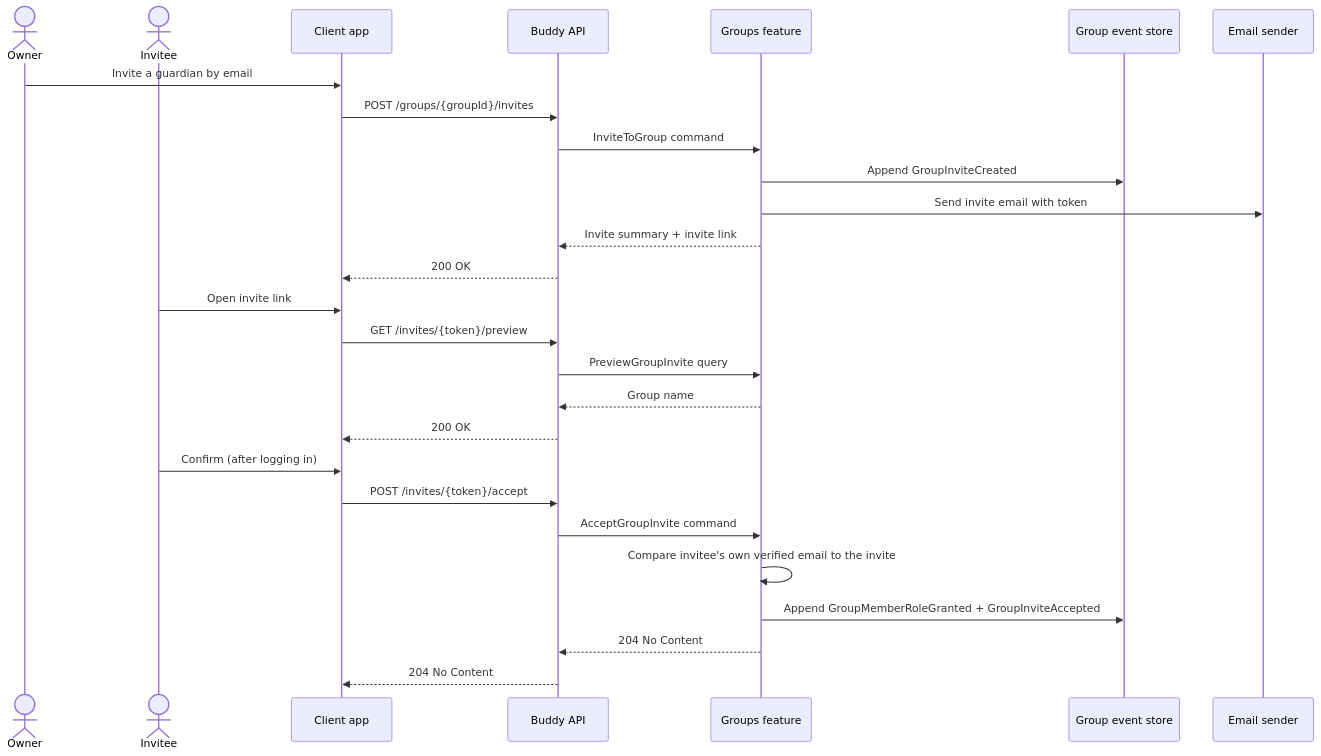
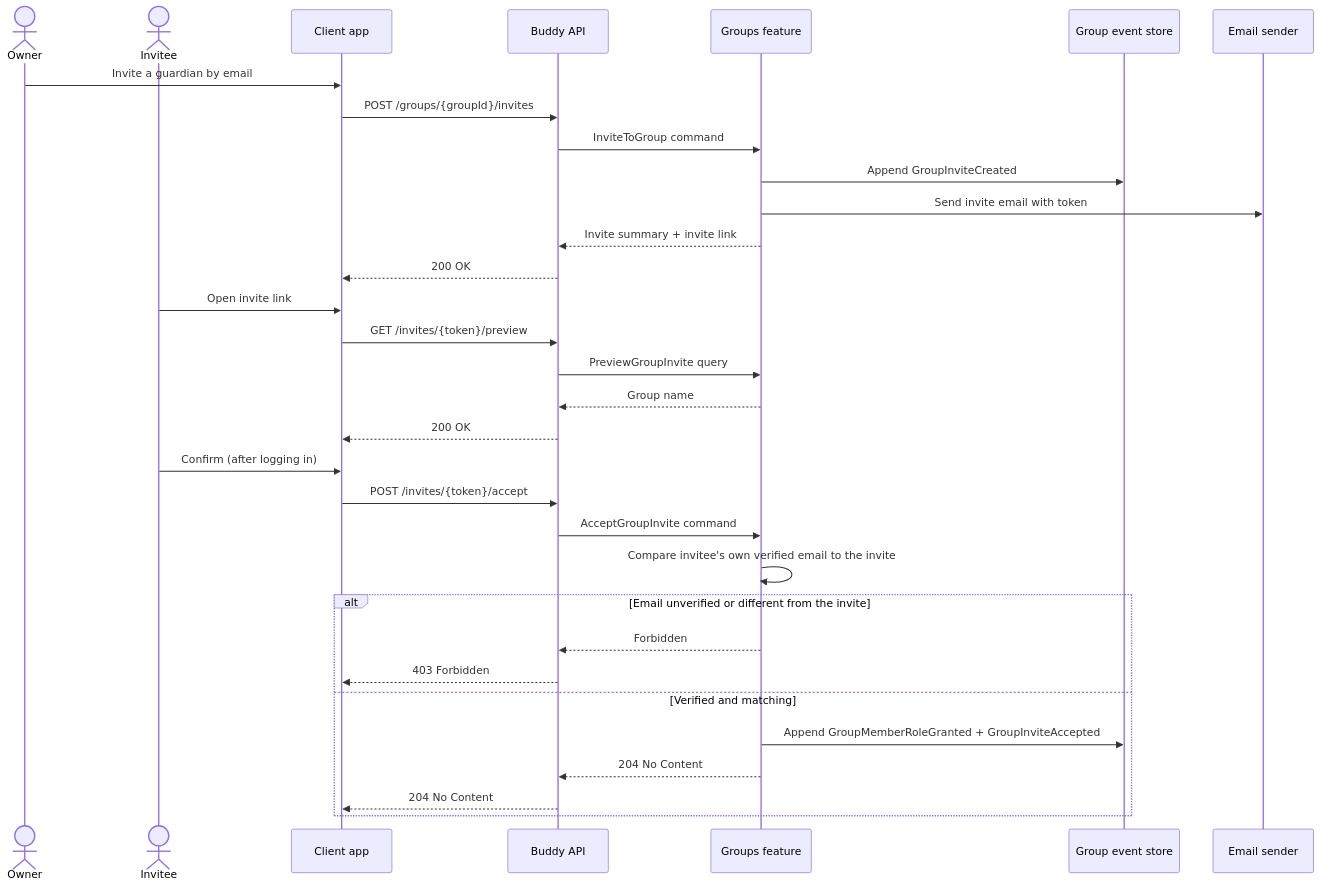
One commit to kimipsen/buddy changed the second of 2 diagrams in docs/backend/groups/flow.md. Above: the diagram before and after it, drawn with Mermaid. The commit also changed other lines of this file and 3 other files, not shown here.

Commit message:
feat: enforce email verification for accepting group and guardian invites, returning 403 for unverified emails

````diff
--- a/docs/backend/groups/flow.md
+++ b/docs/backend/groups/flow.md
@@ -44,32 +44,37 @@
 ```mermaid
 sequenceDiagram
     actor Owner
     actor Invitee
     participant App as Client app
     participant API as Buddy API
     participant Groups as Groups feature
     participant Store as Group event store
     participant Mail as Email sender
 
     Owner->>App: Invite a guardian by email
     App->>API: POST /groups/{groupId}/invites
     API->>Groups: InviteToGroup command
     Groups->>Store: Append GroupInviteCreated
     Groups->>Mail: Send invite email with token
     Groups-->>API: Invite summary + invite link
     API-->>App: 200 OK
 
     Invitee->>App: Open invite link
     App->>API: GET /invites/{token}/preview
     API->>Groups: PreviewGroupInvite query
     Groups-->>API: Group name
     API-->>App: 200 OK
 
     Invitee->>App: Confirm (after logging in)
     App->>API: POST /invites/{token}/accept
     API->>Groups: AcceptGroupInvite command
     Groups->>Groups: Compare invitee's own verified email to the invite
-    Groups->>Store: Append GroupMemberRoleGranted + GroupInviteAccepted
-    Groups-->>API: 204 No Content
-    API-->>App: 204 No Content
+    alt Email unverified or different from the invite
+        Groups-->>API: Forbidden
+        API-->>App: 403 Forbidden
+    else Verified and matching
+        Groups->>Store: Append GroupMemberRoleGranted + GroupInviteAccepted
+        Groups-->>API: 204 No Content
+        API-->>App: 204 No Content
+    end
 ```
````
